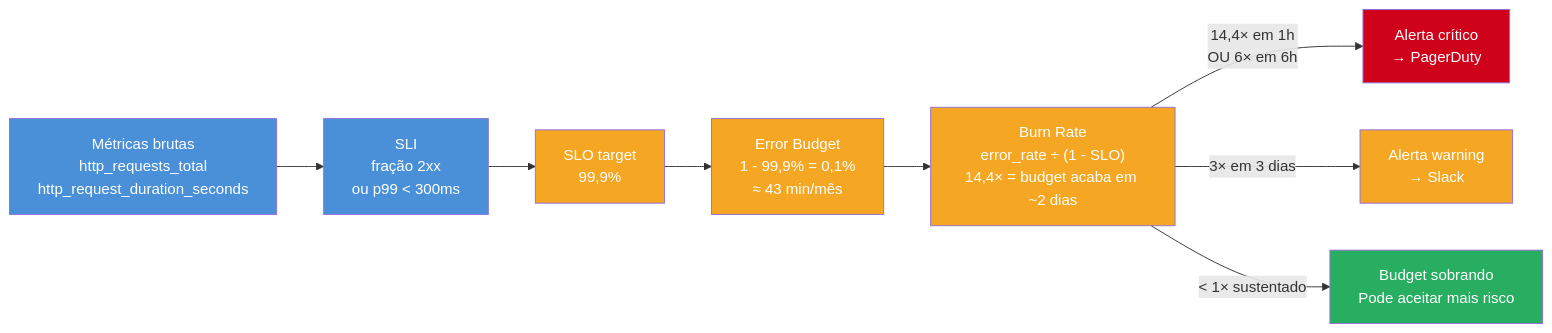
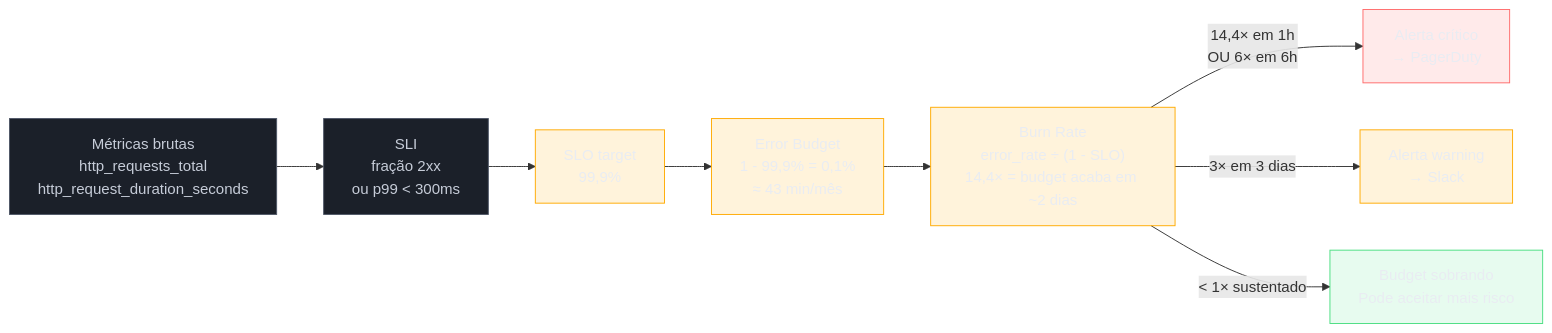
One commit to josenaldo/codex-technomanticus changed the diagram in 03-Dominios/Tecnologia/Node/Observability e produção/12 - SLOs, dashboards, alertas e cheatsheet.md. Above: the diagram before and after it, drawn with Mermaid. The commit also changed 1181 other files, not shown here.

First line of the commit message:
fix(diagramas): paleta do sistema no lugar de cor cravada no markdown

````diff
--- a/03-Dominios/Tecnologia/Node/Observability e produção/12 - SLOs, dashboards, alertas e cheatsheet.md
+++ b/03-Dominios/Tecnologia/Node/Observability e produção/12 - SLOs, dashboards, alertas e cheatsheet.md
@@ -63,19 +63,23 @@
 ```mermaid
 flowchart LR
+    classDef neutro fill:#1B2029,stroke:#4E5666,color:#C6CCD8
+    classDef destaque fill:#FFAA0024,stroke:#FFAA00,color:#E9ECF2
+    classDef falha fill:#FF6B6B24,stroke:#FF6B6B,color:#E9ECF2
+    classDef ok fill:#4ADE8021,stroke:#4ADE80,color:#E9ECF2
     M["Métricas brutas\nhttp_requests_total\nhttp_request_duration_seconds"] --> SLI["SLI\nfração 2xx\nou p99 < 300ms"]
     SLI --> SLO["SLO target\n99,9%"]
     SLO --> EB["Error Budget\n1 - 99,9% = 0,1%\n≈ 43 min/mês"]
     EB --> BR["Burn Rate\nerror_rate ÷ (1 - SLO)\n14,4× = budget acaba em ~2 dias"]
     BR -->|"14,4× em 1h\nOU 6× em 6h"| AL["Alerta crítico\n→ PagerDuty"]
     BR -->|"3× em 3 dias"| AW["Alerta warning\n→ Slack"]
     BR -->|"< 1× sustentado"| OK["Budget sobrando\nPode aceitar mais risco"]
 
-    style M fill:#4A90D9,color:#fff
-    style SLI fill:#4A90D9,color:#fff
-    style SLO fill:#F5A623,color:#fff
-    style EB fill:#F5A623,color:#fff
-    style BR fill:#F5A623,color:#fff
-    style AL fill:#D0021B,color:#fff
-    style AW fill:#F5A623,color:#fff
-    style OK fill:#27AE60,color:#fff
+    class M neutro
+    class SLI neutro
+    class SLO destaque
+    class EB destaque
+    class BR destaque
+    class AL falha
+    class AW destaque
+    class OK ok
 ```
````
